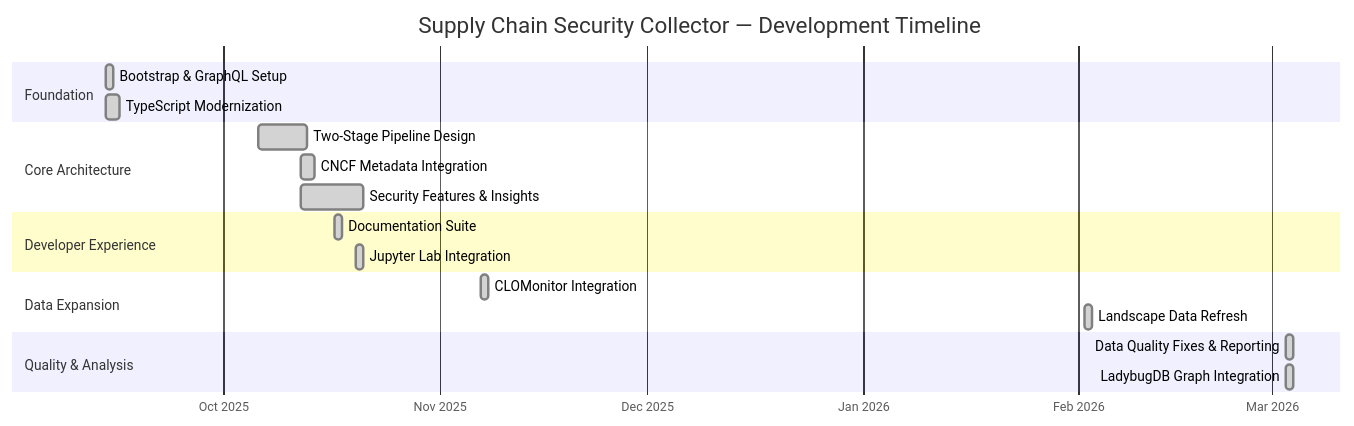
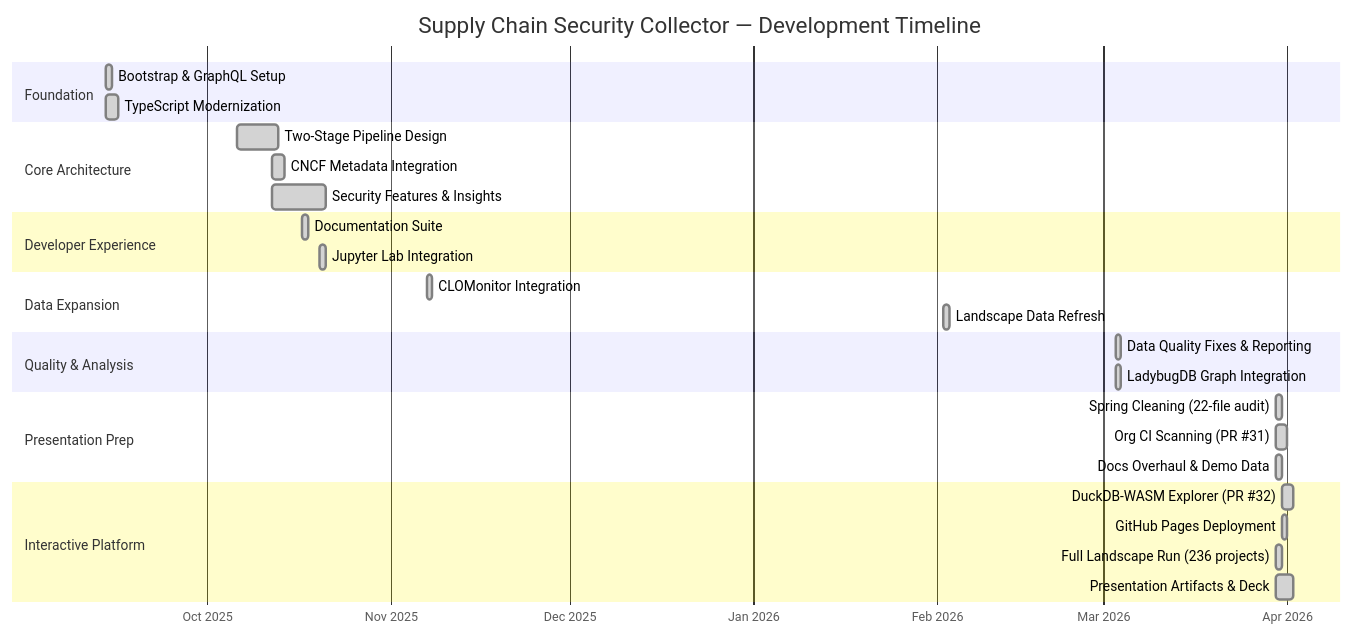
The first of 3 diagrams in docs/milestones/README.md (halcyondude/supply-chain-security-collector), drawn with Mermaid before and after one commit. The commit also changed other lines of this file and 28 other files, not shown here.

````diff
--- a/docs/milestones/README.md
+++ b/docs/milestones/README.md
@@ -7,27 +7,38 @@
 ```mermaid
 gantt
     title Supply Chain Security Collector — Development Timeline
     dateFormat YYYY-MM-DD
     axisFormat %b %Y
 
     section Foundation
     Bootstrap & GraphQL Setup           :done, p1, 2025-09-14, 1d
     TypeScript Modernization            :done, p2, 2025-09-14, 2d
 
     section Core Architecture
     Two-Stage Pipeline Design           :done, p3, 2025-10-06, 7d
     CNCF Metadata Integration           :done, p4, 2025-10-12, 2d
     Security Features & Insights        :done, p5, 2025-10-12, 9d
 
     section Developer Experience
     Documentation Suite                 :done, p6, 2025-10-17, 1d
     Jupyter Lab Integration             :done, p7, 2025-10-20, 1d
 
     section Data Expansion
     CLOMonitor Integration              :done, p8, 2025-11-07, 1d
     Landscape Data Refresh              :done, p9, 2026-02-02, 1d
 
     section Quality & Analysis
     Data Quality Fixes & Reporting      :done, p10, 2026-03-03, 1d
     LadybugDB Graph Integration         :done, p10b, 2026-03-03, 1d
+
+    section Presentation Prep
+    Spring Cleaning (22-file audit)     :done, p11, 2026-03-30, 1d
+    Org CI Scanning (PR #31)            :done, p12, 2026-03-30, 2d
+    Docs Overhaul & Demo Data           :done, p13, 2026-03-30, 1d
+
+    section Interactive Platform
+    DuckDB-WASM Explorer (PR #32)       :done, p14, 2026-03-31, 2d
+    GitHub Pages Deployment             :done, p15, 2026-03-31, 1d
+    Full Landscape Run (236 projects)   :done, p16, 2026-03-30, 1d
+    Presentation Artifacts & Deck       :done, p17, 2026-03-30, 3d
 ```
````
